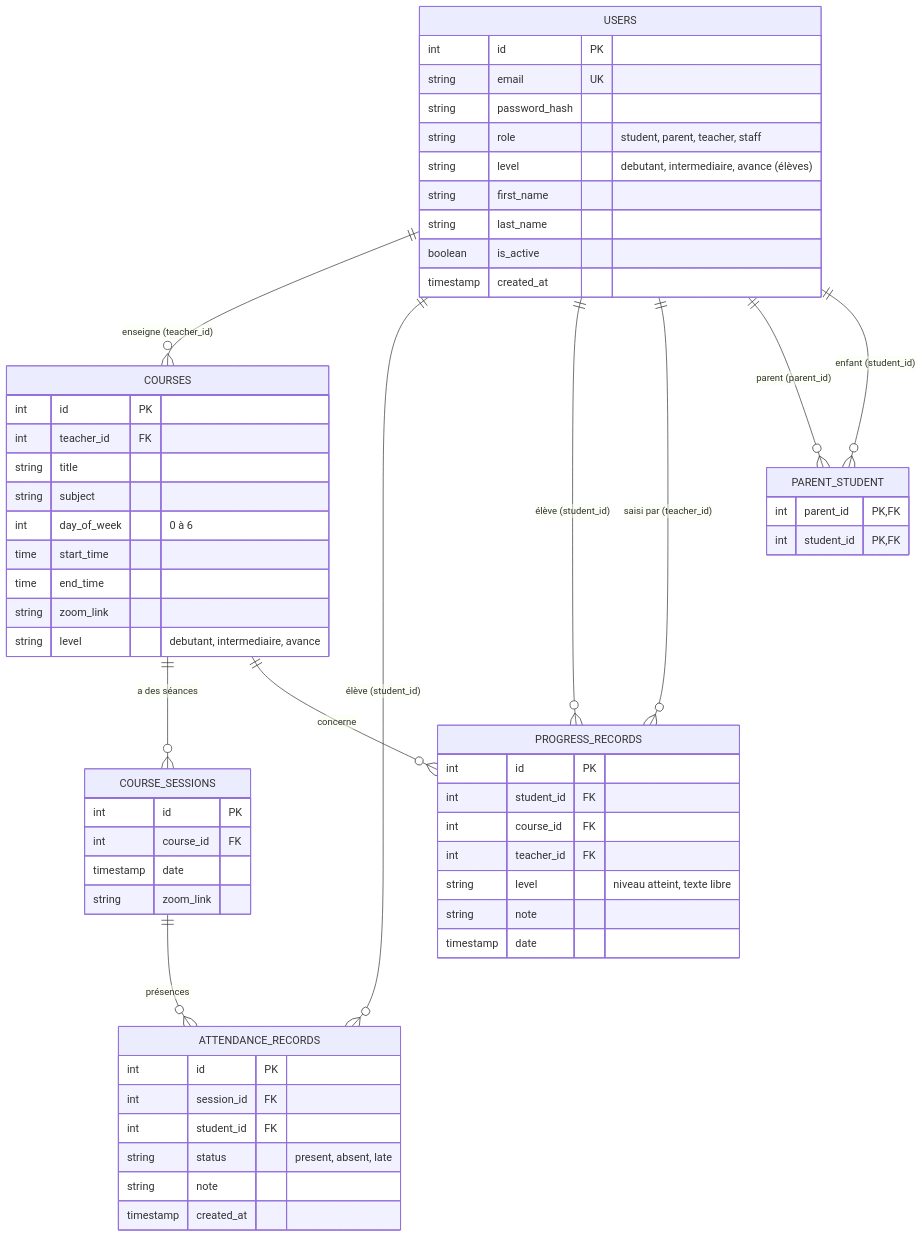
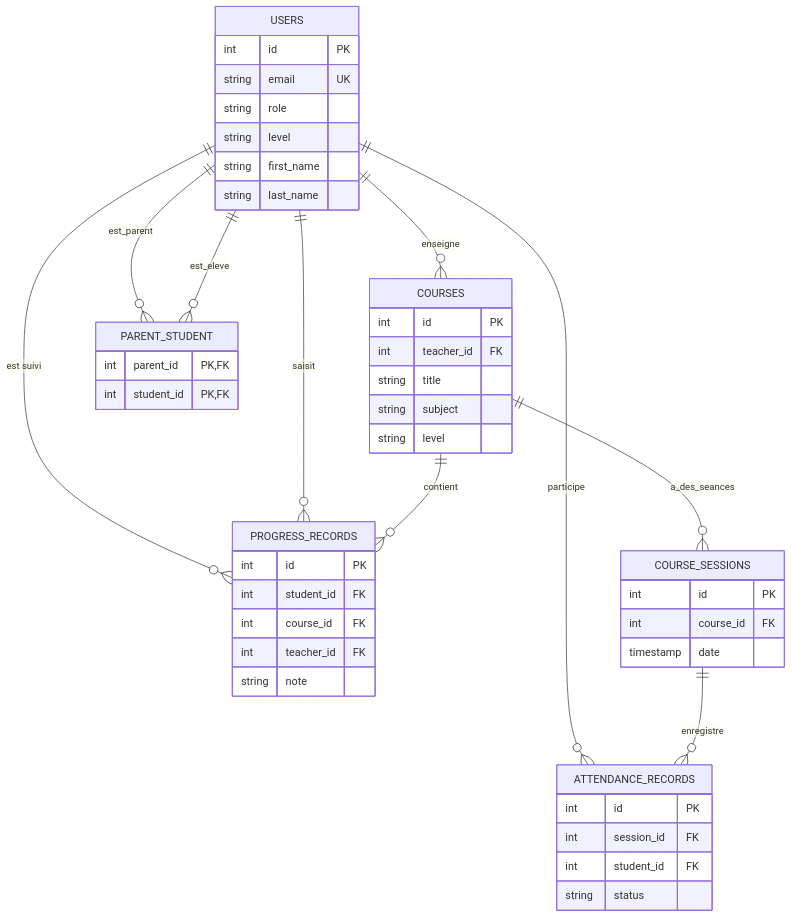
The diagram in docs/2. Composants Classes et BDD.md (madi-spec49/Classe_Acces), drawn with Mermaid before and after one commit. The commit also changed 3 other files, not shown here.

Commit message:
docs: simplify architecture and database diagrams and shorten the README

````diff
--- a/docs/2. Composants Classes et BDD.md
+++ b/docs/2. Composants Classes et BDD.md
@@ -26,62 +26,50 @@
 ```mermaid
 erDiagram
-    USERS ||--o{ COURSES : "enseigne (teacher_id)"
-    COURSES ||--o{ COURSE_SESSIONS : "a des séances"
-    COURSE_SESSIONS ||--o{ ATTENDANCE_RECORDS : "présences"
-    USERS ||--o{ ATTENDANCE_RECORDS : "élève (student_id)"
-    USERS ||--o{ PROGRESS_RECORDS : "élève (student_id)"
-    USERS ||--o{ PROGRESS_RECORDS : "saisi par (teacher_id)"
-    COURSES ||--o{ PROGRESS_RECORDS : "concerne"
-    USERS ||--o{ PARENT_STUDENT : "parent (parent_id)"
-    USERS ||--o{ PARENT_STUDENT : "enfant (student_id)"
+    USERS ||--o{ COURSES : enseigne
+    USERS ||--o{ ATTENDANCE_RECORDS : participe
+    USERS ||--o{ PROGRESS_RECORDS : "est suivi"
+    USERS ||--o{ PROGRESS_RECORDS : saisit
+    USERS ||--o{ PARENT_STUDENT : est_parent
+    USERS ||--o{ PARENT_STUDENT : est_eleve
+    COURSES ||--o{ COURSE_SESSIONS : a_des_seances
+    COURSE_SESSIONS ||--o{ ATTENDANCE_RECORDS : enregistre
+    COURSES ||--o{ PROGRESS_RECORDS : contient
 
     USERS {
         int id PK
         string email UK
-        string password_hash
-        string role "student, parent, teacher, staff"
-        string level "debutant, intermediaire, avance (élèves)"
+        string role
+        string level
         string first_name
         string last_name
-        boolean is_active
-        timestamp created_at
-    }
-    PARENT_STUDENT {
-        int parent_id PK, FK
-        int student_id PK, FK
     }
     COURSES {
         int id PK
         int teacher_id FK
         string title
         string subject
-        int day_of_week "0 à 6"
-        time start_time
-        time end_time
-        string zoom_link
-        string level "debutant, intermediaire, avance"
+        string level
     }
     COURSE_SESSIONS {
         int id PK
         int course_id FK
         timestamp date
-        string zoom_link
     }
     ATTENDANCE_RECORDS {
         int id PK
         int session_id FK
         int student_id FK
-        string status "present, absent, late"
-        string note
-        timestamp created_at
+        string status
     }
     PROGRESS_RECORDS {
         int id PK
         int student_id FK
         int course_id FK
         int teacher_id FK
-        string level "niveau atteint, texte libre"
         string note
-        timestamp date
+    }
+    PARENT_STUDENT {
+        int parent_id PK, FK
+        int student_id PK, FK
     }
 ```
````
